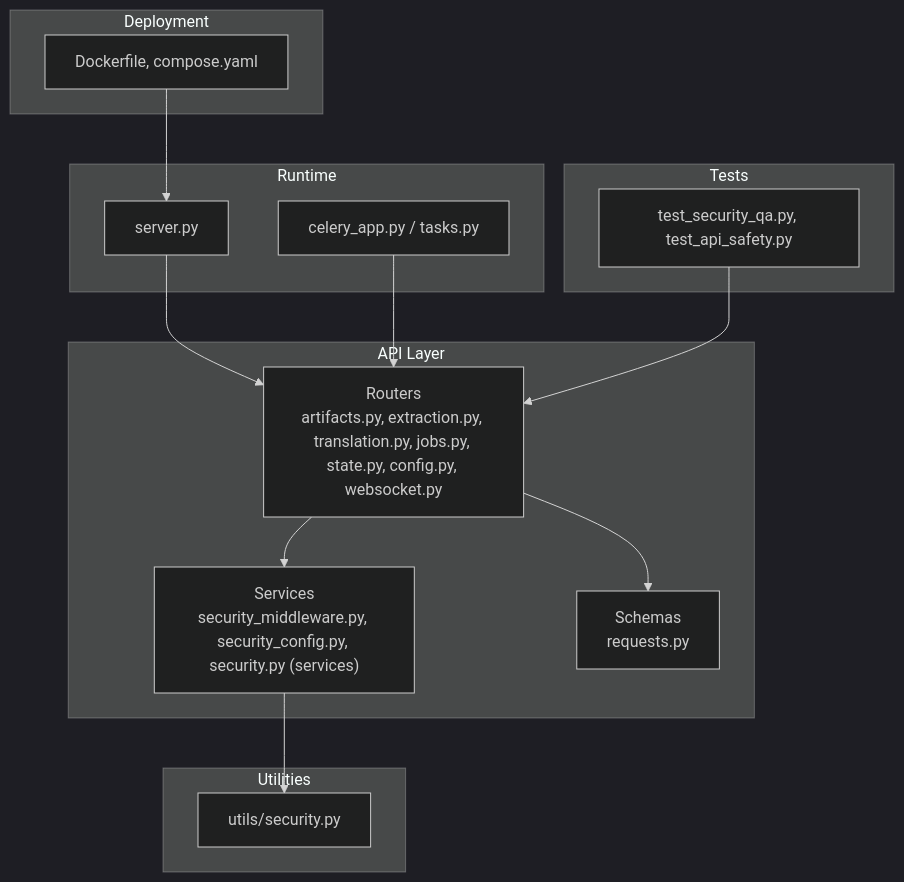
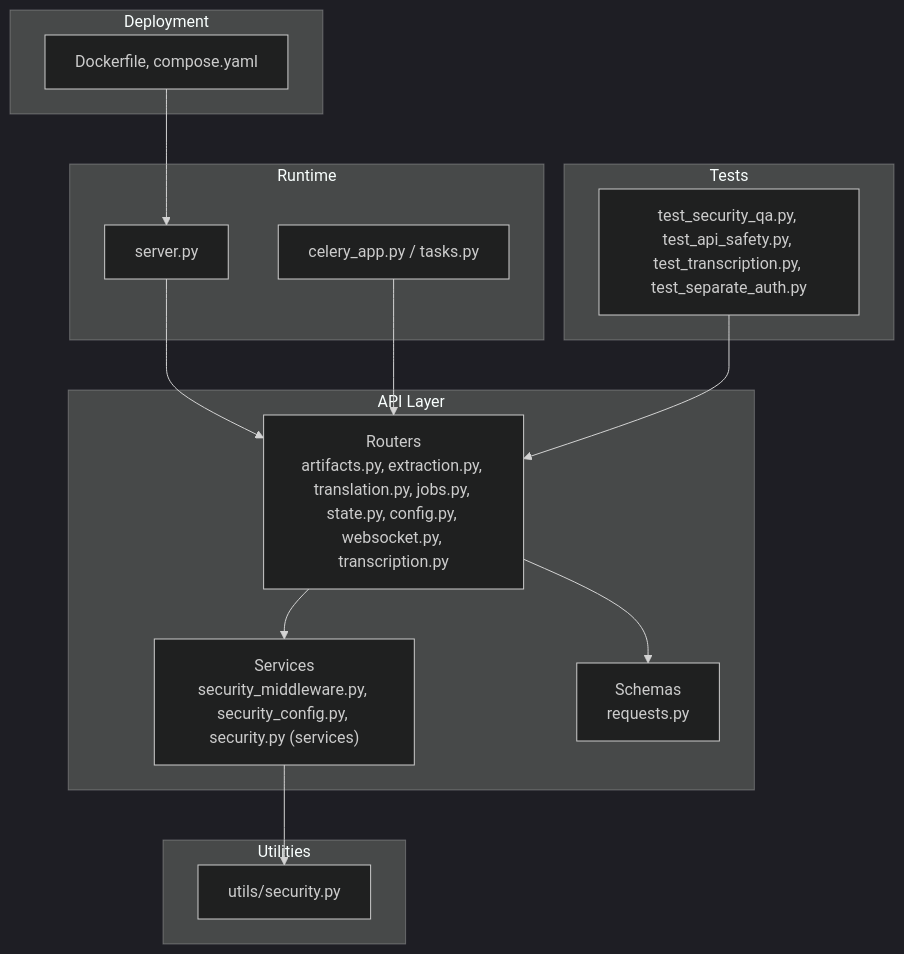
The first of 4 diagrams in .qoder/repowiki/en/content/Security & Compliance.md (Sifr-r/LocalDeepL), drawn with Mermaid (dark theme) before and after one commit. The commit also changed other lines of this file and 104 other files, not shown here.

````diff
--- a/.qoder/repowiki/en/content/Security & Compliance.md
+++ b/.qoder/repowiki/en/content/Security & Compliance.md
@@ -50,28 +45,28 @@
 ```mermaid
 graph TB
 subgraph "API Layer"
-A["Routers<br/>artifacts.py, extraction.py, translation.py, jobs.py, state.py, config.py, websocket.py"]
+A["Routers<br/>artifacts.py, extraction.py, translation.py, jobs.py, state.py, config.py, websocket.py, transcription.py"]
 B["Services<br/>security_middleware.py, security_config.py, security.py (services)"]
 C["Schemas<br/>requests.py"]
 end
 subgraph "Utilities"
 D["utils/security.py"]
 end
 subgraph "Runtime"
 E["server.py"]
 F["celery_app.py / tasks.py"]
 end
 subgraph "Tests"
-G["test_security_qa.py, test_api_safety.py"]
+G["test_security_qa.py, test_api_safety.py, test_transcription.py, test_separate_auth.py"]
 end
 subgraph "Deployment"
 H["Dockerfile, compose.yaml"]
 end
 E --> A
 A --> B
 A --> C
 B --> D
 F --> A
 G --> A
 H --> E
 ```
````
